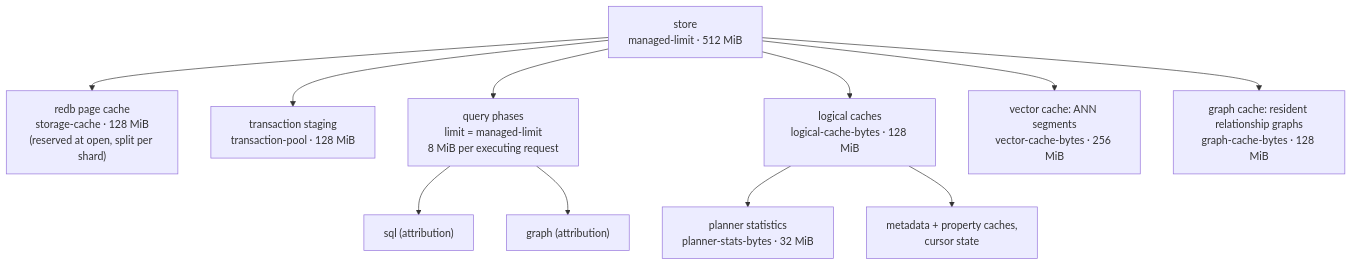
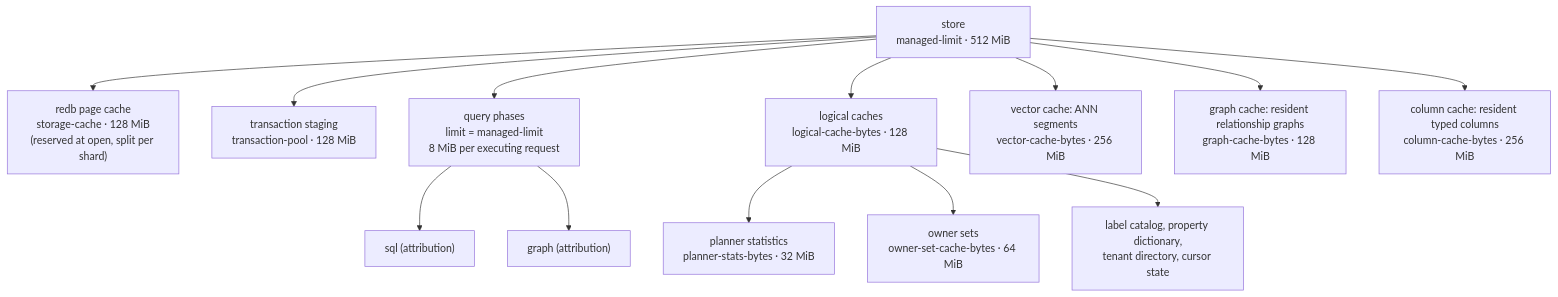
Before and after one commit to rush-db/rushdb: the first of 2 diagrams in docs/manual/architecture/resource-governance.md, drawn with Mermaid. The commit also changed other lines of this file and 90 other files, not shown here.

````diff
--- a/docs/manual/architecture/resource-governance.md
+++ b/docs/manual/architecture/resource-governance.md
@@ -32,14 +32,16 @@
 ```mermaid
 flowchart TD
     ROOT["store<br/>managed-limit · 512 MiB"]
     ROOT --> PC["redb page cache<br/>storage-cache · 128 MiB<br/>(reserved at open, split per shard)"]
     ROOT --> TX["transaction staging<br/>transaction-pool · 128 MiB"]
     ROOT --> PH["query phases<br/>limit = managed-limit<br/>8 MiB per executing request"]
     ROOT --> LC["logical caches<br/>logical-cache-bytes · 128 MiB"]
     ROOT --> VEC["vector cache: ANN segments<br/>vector-cache-bytes · 256 MiB"]
     ROOT --> GRAPH["graph cache: resident relationship graphs<br/>graph-cache-bytes · 128 MiB"]
+    ROOT --> COL["column cache: resident typed columns<br/>column-cache-bytes · 256 MiB"]
     PH --> SQL["sql (attribution)"]
     PH --> GR["graph (attribution)"]
     LC --> PS["planner statistics<br/>planner-stats-bytes · 32 MiB"]
-    LC --> MC["metadata + property caches,<br/>cursor state"]
+    LC --> OS["owner sets<br/>owner-set-cache-bytes · 64 MiB"]
+    LC --> MC["label catalog, property dictionary,<br/>tenant directory, cursor state"]
 ```
````
